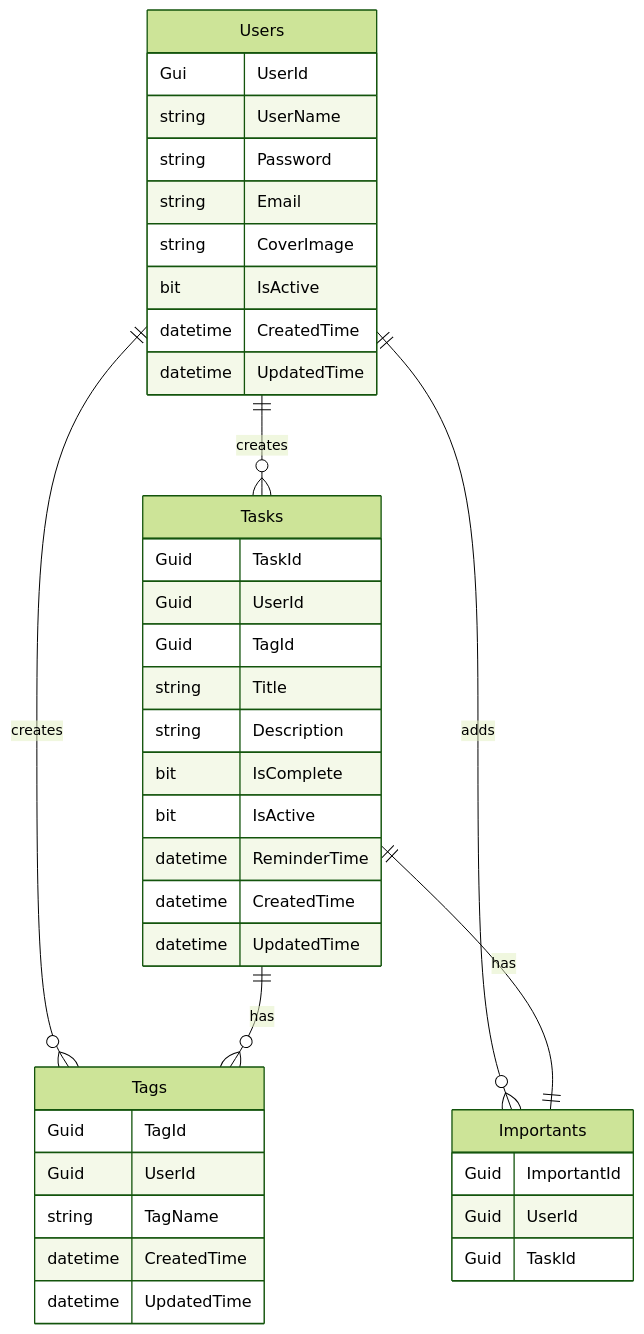
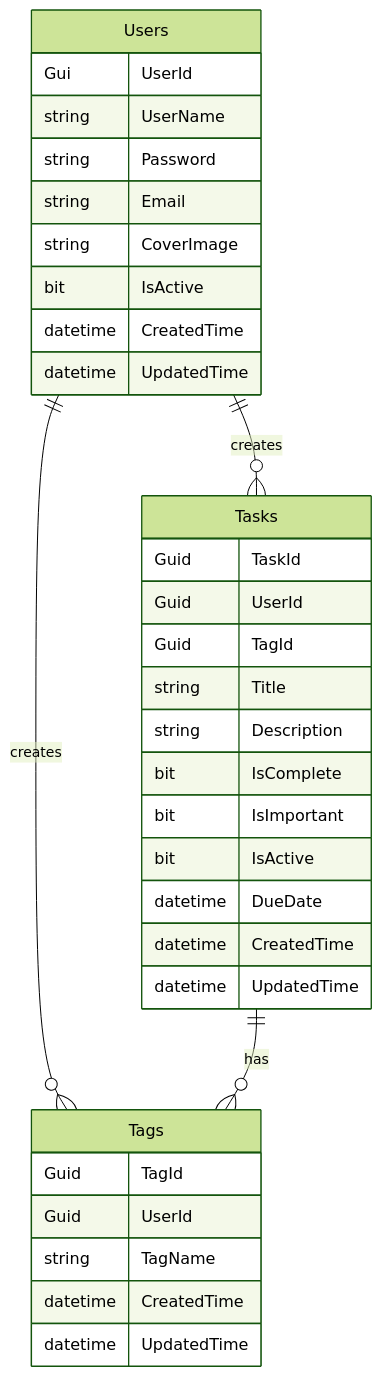
One commit to fleeforezz/Obsidian changed the first of 5 diagrams in Jso_document/06 - Projects/Todo App/📑 Todo's App Design.md. Above: the diagram before and after it, drawn with Mermaid (forest theme).

Commit message:
Update 📑 Todo's App Design.md

````diff
--- a/Jso_document/06 - Projects/Todo App/📑 Todo's App Design.md
+++ b/Jso_document/06 - Projects/Todo App/📑 Todo's App Design.md
@@ -42,50 +42,43 @@
 ```mermaid
 erDiagram
     %% === Core Entities ===
     Users {
         Gui UserId
         string UserName
         string Password
         string Email
         string CoverImage
         bit IsActive
         datetime CreatedTime
         datetime UpdatedTime
     }
 
     Tasks {
         Guid TaskId
         Guid UserId
         Guid TagId
         string Title
         string Description
         bit IsComplete
+        bit IsImportant
         bit IsActive
-        datetime ReminderTime
+        datetime DueDate
         datetime CreatedTime
         datetime UpdatedTime
-    }
-
-    Importants {
-        Guid ImportantId
-        Guid UserId
-        Guid TaskId
     }
 
     Tags {
         Guid TagId
         Guid UserId
         string TagName
         datetime CreatedTime
         datetime UpdatedTime
     }
 
     %% === Relationships ===
     Users ||--o{ Tasks : "creates"
     Users ||--o{ Tags : "creates"
-    Users ||--o{ Importants : "adds"
 
     Tasks ||--o{ Tags : "has"
-    Tasks ||--|| Importants : "has"
 
 ```
````
